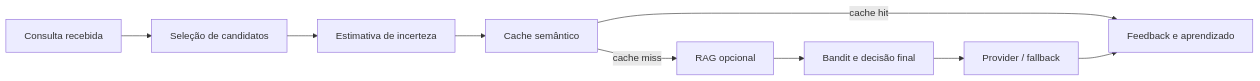
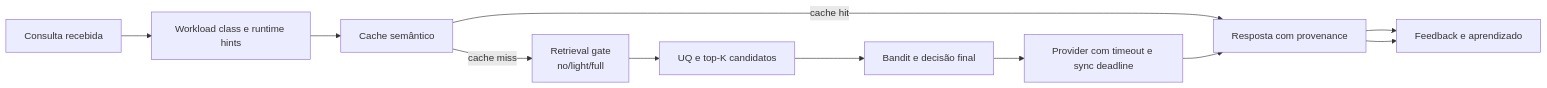
Before and after one commit to jeffersonduartebr/iag_forall: the first of 2 diagrams in docs/ALGORITHMS.md, drawn with Mermaid. The commit also changed other lines of this file and 3 other files, not shown here.

First line of the commit message:
docs: refresh diagrams for async query flow and new response contract

````diff
--- a/docs/ALGORITHMS.md
+++ b/docs/ALGORITHMS.md
@@ -9,15 +9,16 @@
 ```mermaid
 flowchart LR
     A[Consulta recebida]
-    B[Seleção de candidatos]
-    C[Estimativa de incerteza]
-    D[Cache semântico]
-    E[RAG opcional]
+    B[Workload class e runtime hints]
+    C[Cache semântico]
+    D[Retrieval gate<br/>no/light/full]
+    E[UQ e top-K candidatos]
     F[Bandit e decisão final]
-    G[Provider / fallback]
-    H[Feedback e aprendizado]
+    G[Provider com timeout e sync deadline]
+    H[Resposta com provenance]
+    I[Feedback e aprendizado]
 
-    A --> B --> C --> D
-    D -->|cache hit| H
-    D -->|cache miss| E --> F --> G --> H
+    A --> B --> C
+    C -->|cache hit| H --> I
+    C -->|cache miss| D --> E --> F --> G --> H --> I
 ```
````
